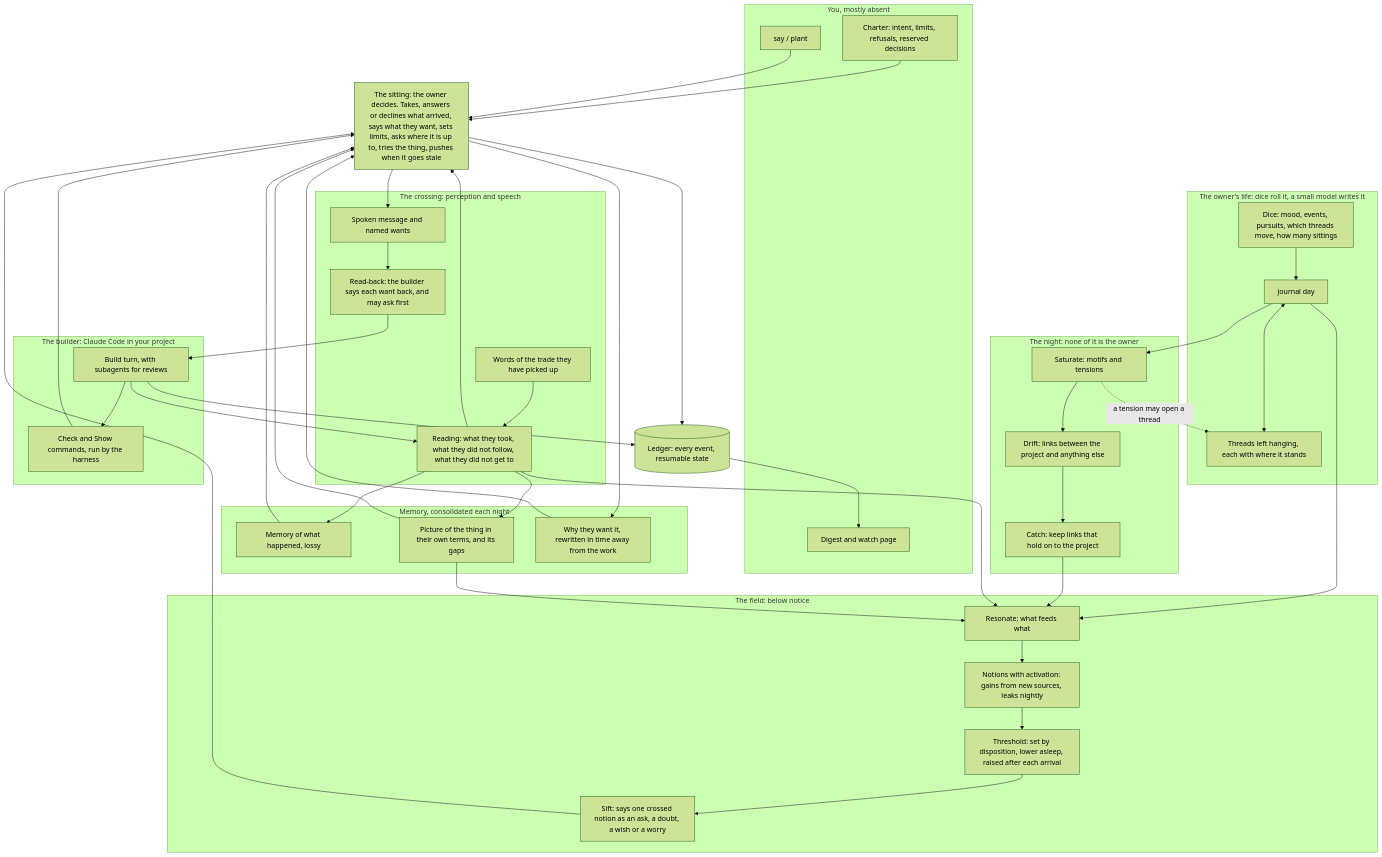
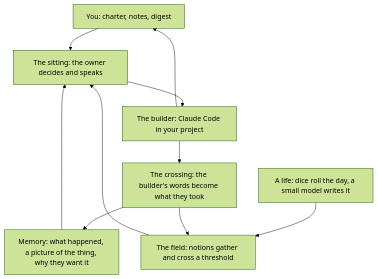
Before and after one commit to ericrmc/regent: the first of 2 diagrams in README.md, drawn with Mermaid (forest theme). The commit also changed other lines of this file, not shown here.

Commit message:
Two smaller diagrams: the layers, and a day's sequence
Claude-Session: https://claude.ai/code/session_01573HBJ9pQz2VN5R1uzwHqH

````diff
--- a/README.md
+++ b/README.md
@@ -82,78 +82,20 @@
 ```mermaid
 flowchart TB
-    subgraph you["You, mostly absent"]
-        charter["Charter: intent, limits, refusals, reserved decisions"]
-        notes["say / plant"]
-        digest["Digest and watch page"]
-    end
+    you["You: charter, notes, digest"]
+    life["A life: dice roll the day, a small model writes it"]
+    crossing["The crossing: the builder's words become what they took"]
+    memory["Memory: what happened, a picture of the thing, why they want it"]
+    field["The field: notions gather and cross a threshold"]
+    sitting["The sitting: the owner decides and speaks"]
+    builder["The builder: Claude Code in your project"]
 
-    subgraph life["The owner's life: dice roll it, a small model writes it"]
-        dice["Dice: mood, events, pursuits, which threads move, how many sittings"]
-        journal["Journal day"]
-        threads["Threads left hanging, each with where it stands"]
-        dice --> journal
-        threads <--> journal
-    end
-
-    subgraph crossing["The crossing: perception and speech"]
-        reading["Reading: what they took, what they did not follow, what they did not get to"]
-        words["Words of the trade they have picked up"]
-        spoken["Spoken message and named wants"]
-        readback["Read-back: the builder says each want back, and may ask first"]
-        words --> reading
-    end
-
-    subgraph memory["Memory, consolidated each night"]
-        episodic["Memory of what happened, lossy"]
-        picture["Picture of the thing in their own terms, and its gaps"]
-        why["Why they want it, rewritten in time away from the work"]
-    end
-
-    subgraph nights["The night: none of it is the owner"]
-        saturate["Saturate: motifs and tensions"]
-        drift["Drift: links between the project and anything else"]
-        catchstep["Catch: keep links that hold on to the project"]
-        saturate --> drift --> catchstep
-    end
-
-    subgraph field["The field: below notice"]
-        resonate["Resonate: what feeds what"]
-        notions["Notions with activation: gains from new sources, leaks nightly"]
-        threshold["Threshold: set by disposition, lower asleep, raised after each arrival"]
-        sift["Sift: says one crossed notion as an ask, a doubt, a wish or a worry"]
-        resonate --> notions --> threshold --> sift
-    end
-
-    sitting["The sitting: the owner decides. Takes, answers or declines what arrived, says what they want, sets limits, asks where it is up to, tries the thing, pushes when it goes stale"]
-
-    subgraph builder["The builder: Claude Code in your project"]
-        build["Build turn, with subagents for reviews"]
-        checks["Check and Show commands, run by the harness"]
-        build --> checks
-    end
-
-    ledger[("Ledger: every event, resumable state")]
-
-    charter --> sitting
-    notes --> sitting
-    journal --> resonate
-    journal --> saturate
-    catchstep --> resonate
-    reading --> resonate
-    picture --> resonate
-    reading --> sitting
-    episodic --> sitting
-    picture --> sitting
-    why --> sitting
-    sift --> sitting
-    sitting --> spoken --> readback --> build
-    build --> reading
-    checks --> sitting
-    reading --> episodic
-    reading --> picture
-    sitting --> why
-    saturate -. "a tension may open a thread" .-> threads
-    sitting --> ledger
-    build --> ledger
-    ledger --> digest
+    you --> sitting
+    life --> field
+    crossing --> memory
+    crossing --> field
+    memory --> sitting
+    field --> sitting
+    sitting --> builder
+    builder --> crossing
+    builder --> you
 ```
````
